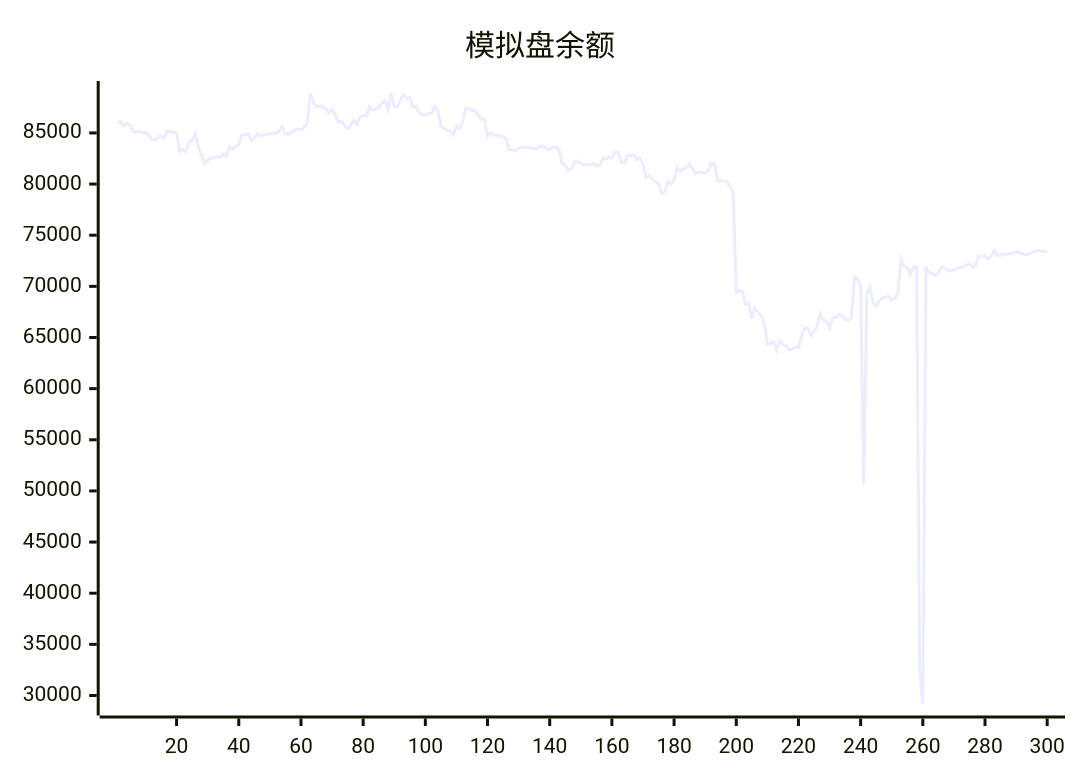
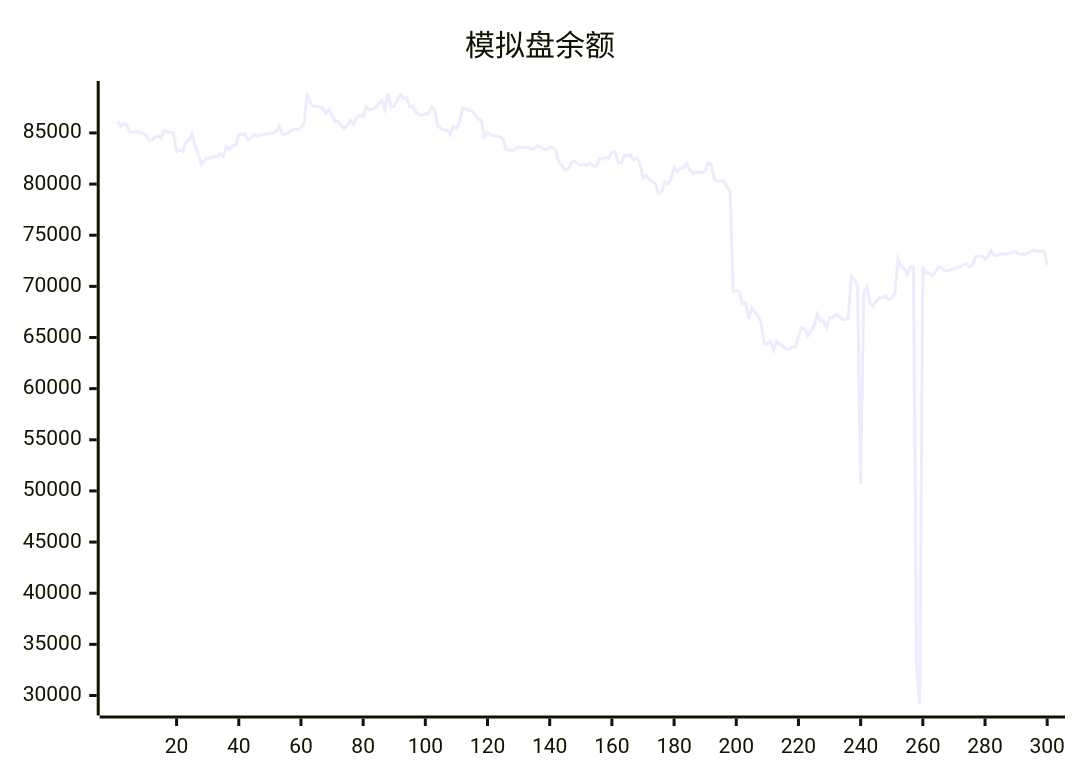
Before and after one commit to aahl/ai-trading: the diagram in README.md, drawn with Mermaid. The commit also changed other lines of this file and 1 other file, not shown here.

````diff
--- a/README.md
+++ b/README.md
@@ -5,5 +5,5 @@
 ```mermaid
 xychart
     title "模拟盘余额"
-    line [86017,86136,85685,85938,85749,85111,85044,85164,85016,85008,84824,84354,84287,84572,84745,84500,85234,85096,85095,84970,83180,83338,83157,84070,84309,84922,83667,82850,81924,82369,82552,82539,82695,82648,82962,82728,83619,83378,83710,83825,84819,84854,84917,84265,84527,84919,84668,84834,84850,84916,84981,85004,85131,85674,84891,84864,85019,85284,85393,85294,85538,85894,88904,88012,87567,87625,87568,87386,86920,87313,86737,86094,86143,85725,85437,85787,86219,85859,86526,86740,86630,87563,87264,87335,87483,87886,88180,87335,88894,87544,87608,88207,88755,88401,88444,87543,87608,87000,86810,86740,86894,86884,87576,87209,85686,85435,85251,85255,84820,85689,85453,86066,87420,87373,87161,87178,86740,86341,86315,84643,85012,84772,84768,84690,84635,84376,83360,83357,83259,83474,83608,83606,83602,83548,83440,83454,83724,83644,83464,83365,83590,83592,83275,82072,81806,81344,81492,82109,82254,82006,81848,81955,81829,82022,81769,81776,82522,82441,82656,82498,83144,83144,82150,82038,82797,82763,82872,82367,82536,81981,80612,80862,80484,80242,80034,79063,79245,80226,80016,80507,81625,81233,81544,81578,82016,81401,81019,81186,81130,81118,81306,82066,81909,80392,80304,80291,80258,79729,79261,69466,69579,69456,68251,68415,66832,67911,67462,67144,66432,64380,64375,64606,63740,64647,64324,64216,63842,63877,64078,64008,65156,65945,65888,65157,65625,66144,67284,66653,66639,65924,66925,66956,67263,67108,66766,66729,66886,70927,70673,70049,50652,69334,69973,68400,68061,68578,68876,68879,69055,68662,68822,69329,72687,71999,71760,71162,71911,71896,32500,29218,71927,71297,71305,71044,71337,71883,71822,71536,71536,71622,71723,71880,71860,72100,72216,71887,72077,72940,72976,72966,72638,72948,73497,73004,73041,73173,73160,73186,73258,73375,73351,73173,73098,73161,73305,73474,73536,73457,73413,73412]
+    line [86136,85685,85938,85749,85111,85044,85164,85016,85008,84824,84354,84287,84572,84745,84500,85234,85096,85095,84970,83180,83338,83157,84070,84309,84922,83667,82850,81924,82369,82552,82539,82695,82648,82962,82728,83619,83378,83710,83825,84819,84854,84917,84265,84527,84919,84668,84834,84850,84916,84981,85004,85131,85674,84891,84864,85019,85284,85393,85294,85538,85894,88904,88012,87567,87625,87568,87386,86920,87313,86737,86094,86143,85725,85437,85787,86219,85859,86526,86740,86630,87563,87264,87335,87483,87886,88180,87335,88894,87544,87608,88207,88755,88401,88444,87543,87608,87000,86810,86740,86894,86884,87576,87209,85686,85435,85251,85255,84820,85689,85453,86066,87420,87373,87161,87178,86740,86341,86315,84643,85012,84772,84768,84690,84635,84376,83360,83357,83259,83474,83608,83606,83602,83548,83440,83454,83724,83644,83464,83365,83590,83592,83275,82072,81806,81344,81492,82109,82254,82006,81848,81955,81829,82022,81769,81776,82522,82441,82656,82498,83144,83144,82150,82038,82797,82763,82872,82367,82536,81981,80612,80862,80484,80242,80034,79063,79245,80226,80016,80507,81625,81233,81544,81578,82016,81401,81019,81186,81130,81118,81306,82066,81909,80392,80304,80291,80258,79729,79261,69466,69579,69456,68251,68415,66832,67911,67462,67144,66432,64380,64375,64606,63740,64647,64324,64216,63842,63877,64078,64008,65156,65945,65888,65157,65625,66144,67284,66653,66639,65924,66925,66956,67263,67108,66766,66729,66886,70927,70673,70049,50652,69334,69973,68400,68061,68578,68876,68879,69055,68662,68822,69329,72687,71999,71760,71162,71911,71896,32500,29218,71927,71297,71305,71044,71337,71883,71822,71536,71536,71622,71723,71880,71860,72100,72216,71887,72077,72940,72976,72966,72638,72948,73497,73004,73041,73173,73160,73186,73258,73375,73351,73173,73098,73161,73305,73474,73536,73457,73413,73412,72100]
 ```
````
